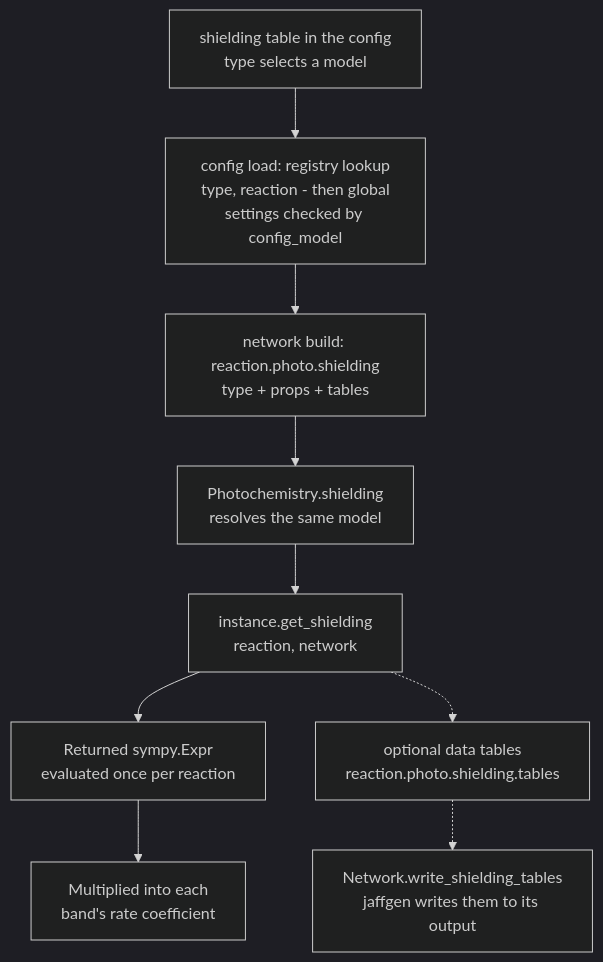
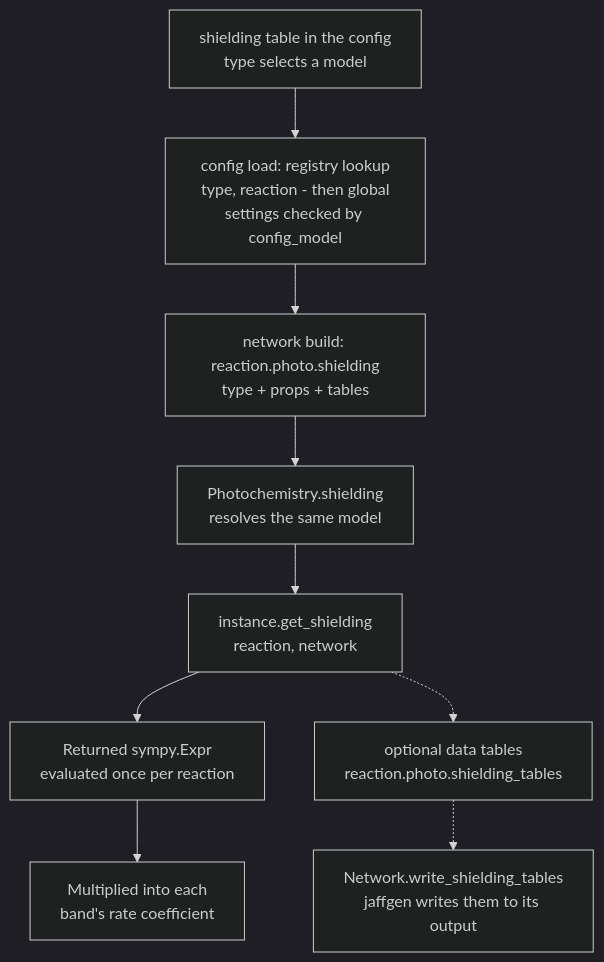
The diagram in docs/development/adding-shielding-functions.md (jaff-chemistry/jaff), drawn with Mermaid (dark theme) before and after one commit. The commit also changed other lines of this file and 28 other files, not shown here.

````diff
--- a/docs/development/adding-shielding-functions.md
+++ b/docs/development/adding-shielding-functions.md
@@ -52,11 +53,11 @@
 ```mermaid
 flowchart TD
     A[shielding table in the config\ntype selects a model] --> B[config load: registry lookup\ntype, reaction - then global\nsettings checked by config_model]
     B --> C[network build: reaction.photo.shielding\ntype + props + tables]
     C --> D[Photochemistry.shielding\nresolves the same model]
     D --> E[instance.get_shielding\nreaction, network]
     E --> F[Returned sympy.Expr\nevaluated once per reaction]
     F --> G[Multiplied into each\nband's rate coefficient]
-    E -.-> H[optional data tables\nreaction.photo.shielding.tables]
+    E -.-> H[optional data tables\nreaction.photo.shielding_tables]
     H -.-> I[Network.write_shielding_tables\njaffgen writes them to its output]
 ```
````
